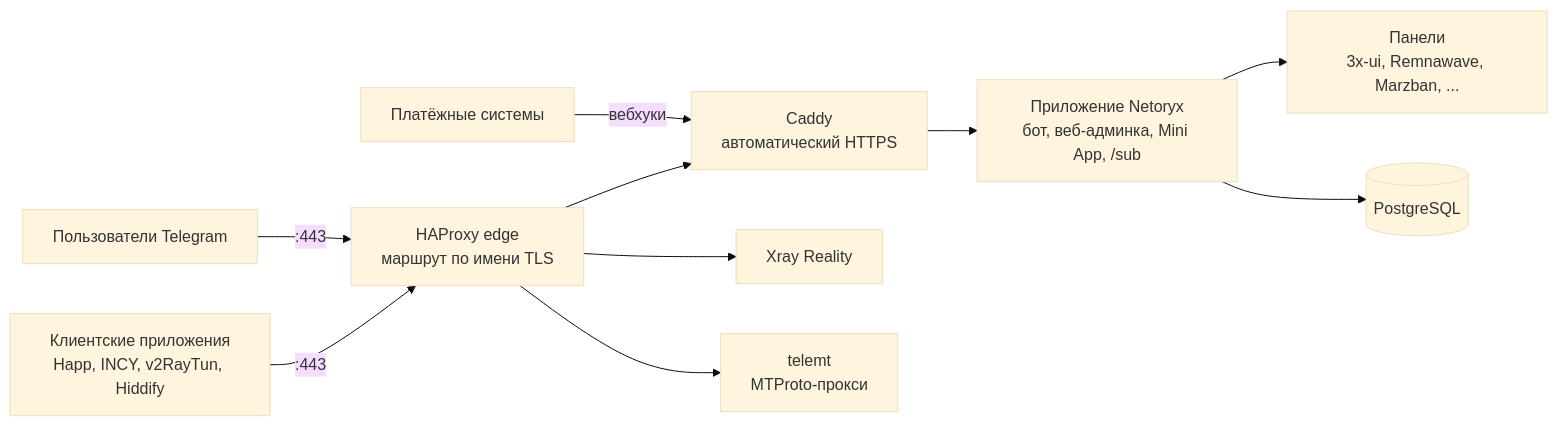
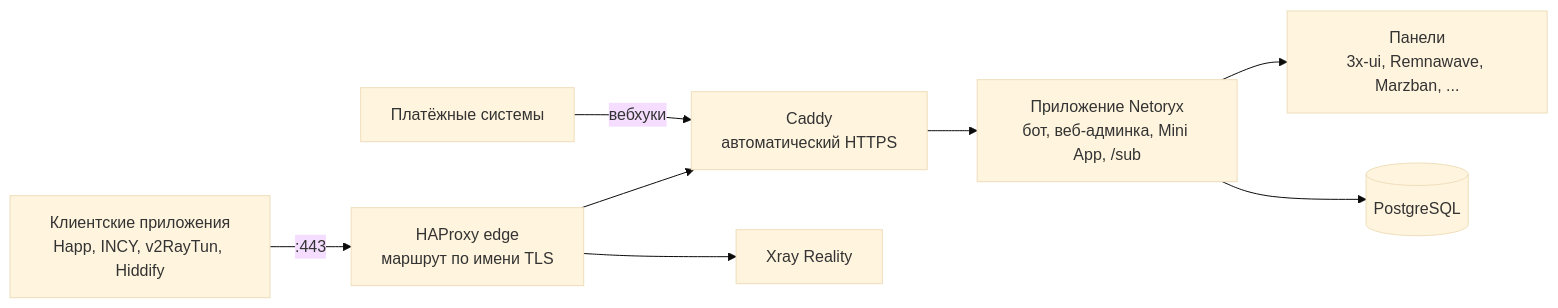
One commit to qklafk/netoryx changed the diagram in README.md. Above: the diagram before and after it, drawn with Mermaid (base theme). The commit also changed other lines of this file and 55 other files, not shown here.

````diff
--- a/README.md
+++ b/README.md
@@ -178,12 +180,10 @@
 ```mermaid
 flowchart LR
     C[Клиентские приложения<br/>Happ, INCY, v2RayTun, Hiddify] -->|":443"| E[HAProxy edge<br/>маршрут по имени TLS]
-    T[Пользователи Telegram] -->|":443"| E
     E --> W[Caddy<br/>автоматический HTTPS]
     E --> X[Xray Reality]
-    E --> M[telemt<br/>MTProto-прокси]
     W --> A[Приложение Netoryx<br/>бот, веб-админка, Mini App, /sub]
     A --> P[Панели<br/>3x-ui, Remnawave, Marzban, ...]
     A --> D[(PostgreSQL)]
     PAY[Платёжные системы] -->|вебхуки| W
 ```
````
